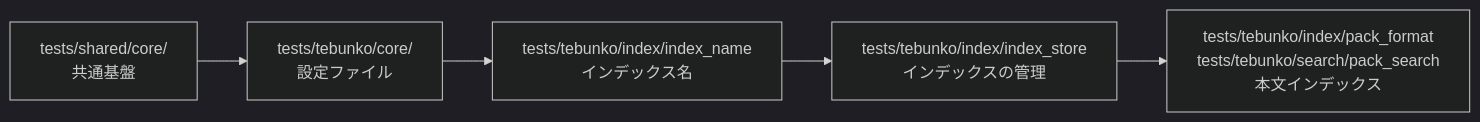
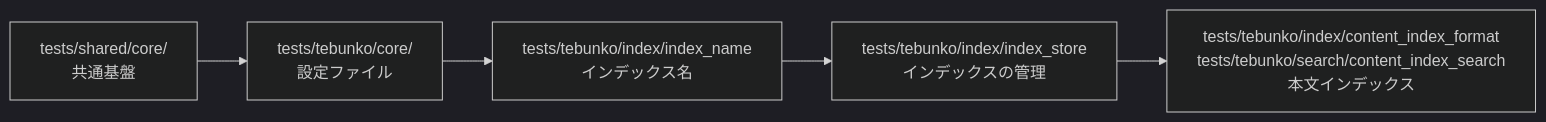
The diagram in docs/design/testing/unit-index.md (hsgwa/tebunko), drawn with Mermaid (dark theme) before and after one commit. The commit also changed other lines of this file and 81 other files, not shown here.

First line of the commit message:
refactor: 集約ファイル（pack）のコードの名前を本文インデックス（contentIndex）に改める (#185)

````diff
--- a/docs/design/testing/unit-index.md
+++ b/docs/design/testing/unit-index.md
@@ -5,7 +5,7 @@
 ```mermaid
 flowchart LR
     core["tests/shared/core/<br>共通基盤"] --> settings["tests/tebunko/core/<br>設定ファイル"]
     settings --> name["tests/tebunko/index/index_name<br>インデックス名"]
     name --> store["tests/tebunko/index/index_store<br>インデックスの管理"]
-    store --> pack["tests/tebunko/index/pack_format<br>tests/tebunko/search/pack_search<br>本文インデックス"]
+    store --> contentIndex["tests/tebunko/index/content_index_format<br>tests/tebunko/search/content_index_search<br>本文インデックス"]
 ```
````
